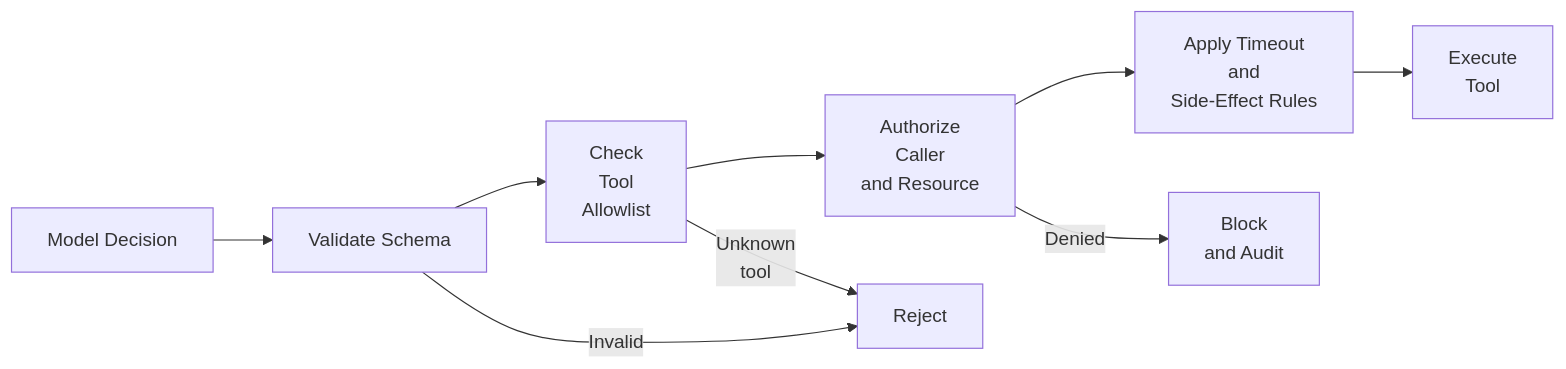
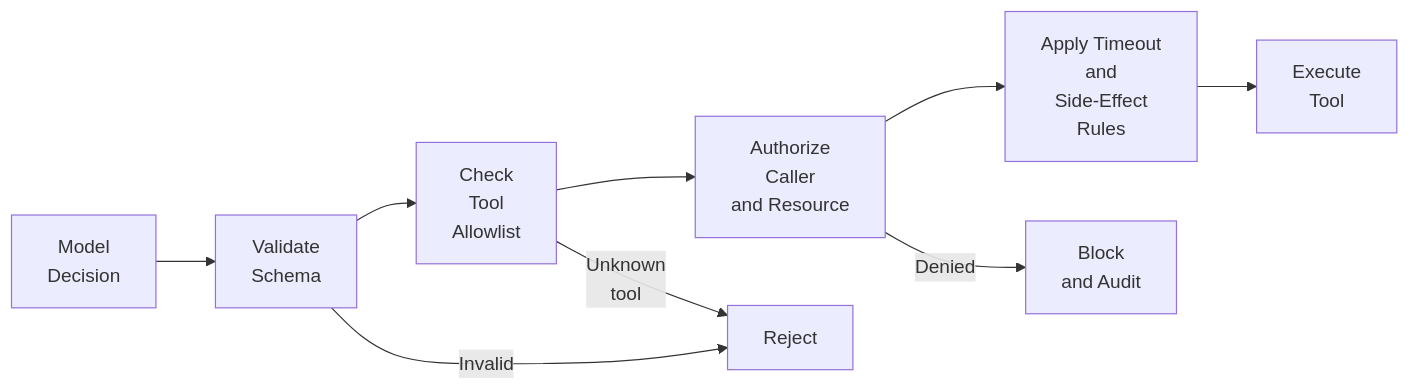
The second of 2 diagrams in docs/architecture-insights/ai-agents/5.1-engineering-bounded-enterprise-agents.md (MihirKJha/enterprise-ai-blog), drawn with Mermaid before and after one commit. The commit also changed other lines of this file, not shown here.

````diff
--- a/docs/architecture-insights/ai-agents/5.1-engineering-bounded-enterprise-agents.md
+++ b/docs/architecture-insights/ai-agents/5.1-engineering-bounded-enterprise-agents.md
@@ -135,11 +135,11 @@
 ```mermaid
 flowchart LR
-    A[Model Decision] --> B[Validate Schema]
+    A[Model <br/>Decision] --> B[Validate<br/> Schema]
     B --> C[Check <br/>Tool <br/>Allowlist]
     C --> D[Authorize <br/>Caller <br/>and Resource]
-    D --> E[Apply Timeout <br/>and <br/>Side-Effect Rules]
+    D --> E[Apply Timeout <br/>and <br/>Side-Effect<br/> Rules]
     E --> F[Execute <br/>Tool]
     B -->|Invalid| X[Reject]
     C -->|Unknown <br/>tool| X
     D -->|Denied| Y[Block <br/>and Audit]
 ```
````
